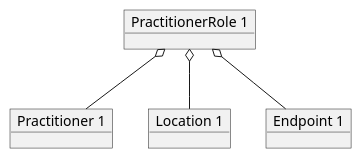
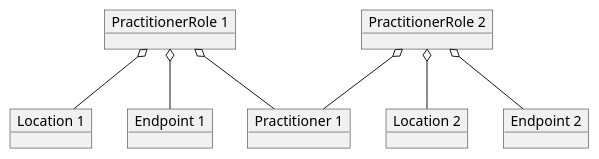
One commit to gematik/api-vzd changed the diagram in src/plantuml/od_FHIR_PractitionerRole.puml. Above: the diagram before and after it, drawn with PlantUML.

Commit message:
new model

```diff
--- a/src/plantuml/od_FHIR_PractitionerRole.puml
+++ b/src/plantuml/od_FHIR_PractitionerRole.puml
@@ -1,11 +1,17 @@
 @startuml od_FHIR_PractitionerRole
 object "PractitionerRole 1" as pr1
+object "PractitionerRole 2" as pr2
 object "Practitioner 1" as p1
 object "Location 1" as l1
+object "Location 2" as l2
 object "Endpoint 1" as e1
+object "Endpoint 2" as e2
 
 pr1 o-- p1
 pr1 o-- l1
 pr1 o-- e1
+pr2 o-- p1
+pr2 o-- l2
+pr2 o-- e2
 
 @enduml
```
